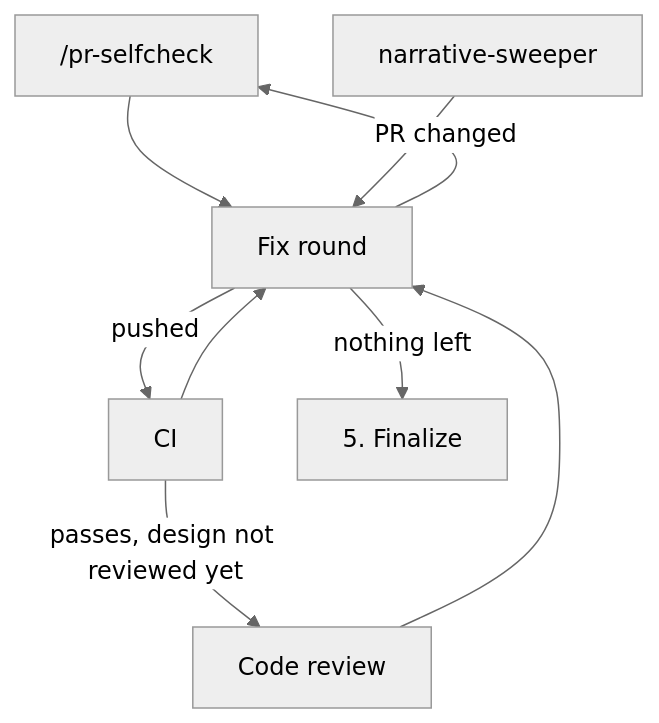
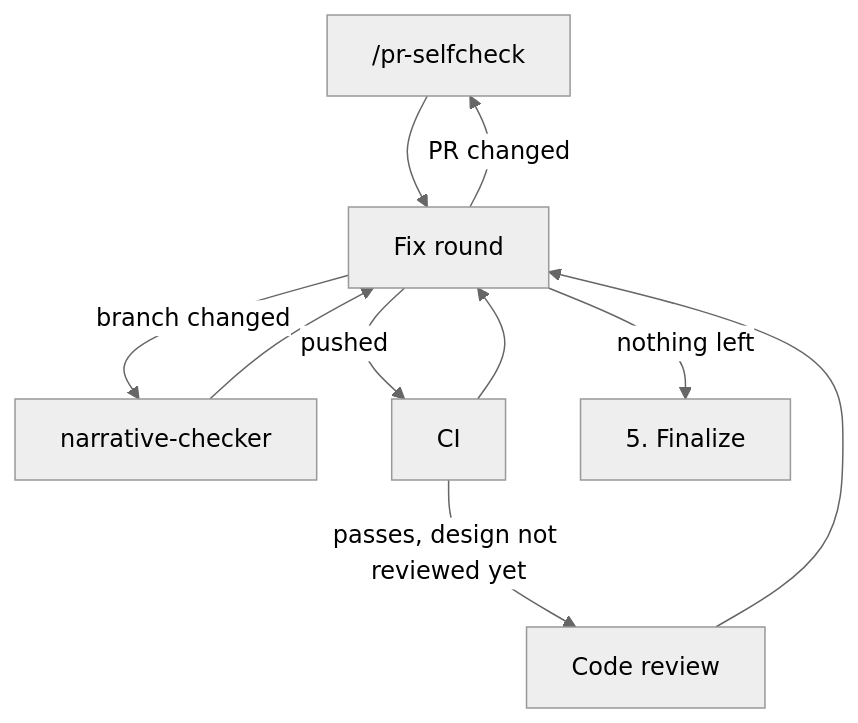
The second of 2 diagrams in claude/skills/git-workflow/SKILL.md (ikuwow/dotfiles), drawn with Mermaid (neutral theme) before and after one commit. The commit also changed other lines of this file and 2 other files, not shown here.

First line of the commit message:
Make the narrative check read-only so no check depends on another

````diff
--- a/claude/skills/git-workflow/SKILL.md
+++ b/claude/skills/git-workflow/SKILL.md
@@ -162,17 +163,18 @@
 ```mermaid
 flowchart TD
     selfcheck["/pr-selfcheck"]
-    sweep["narrative-sweeper"]
+    narrative["narrative-checker"]
     ci["CI"]
     review["Code review"]
     round["Fix round"]
 
     ci -- "passes, design not reviewed yet" --> review
     selfcheck --> round
-    sweep --> round
+    narrative --> round
     ci --> round
     review --> round
     round -- "PR changed" --> selfcheck
+    round -- "branch changed" --> narrative
     round -- "pushed" --> ci
     round -- "nothing left" --> finalize["5. Finalize"]
 ```
````
